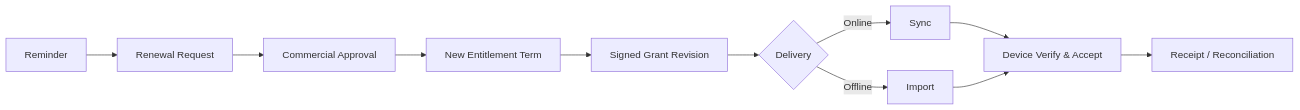
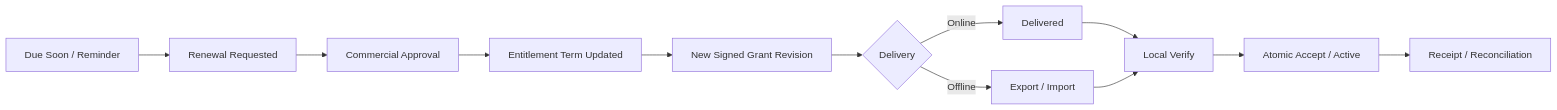
The diagram in docs/licensing/renewal.md (Niranjan1005/lms), drawn with Mermaid before and after one commit. The commit also changed other lines of this file, not shown here.

Commit message:
docs: complete renewal lifecycle semantics

```diff
--- a/docs/licensing/renewal.md
+++ b/docs/licensing/renewal.md
@@ -11,13 +17,14 @@
 ~~~mermaid
 flowchart LR
-    A[Reminder] --> B[Renewal Request]
+    A[Due Soon / Reminder] --> B[Renewal Requested]
     B --> C[Commercial Approval]
-    C --> D[New Entitlement Term]
-    D --> E[Signed Grant Revision]
+    C --> D[Entitlement Term Updated]
+    D --> E[New Signed Grant Revision]
     E --> F{Delivery}
-    F -->|Online| G[Sync]
-    F -->|Offline| H[Import]
-    G --> I[Device Verify & Accept]
+    F -->|Online| G[Delivered]
+    F -->|Offline| H[Export / Import]
+    G --> I[Local Verify]
     H --> I
-    I --> J[Receipt / Reconciliation]
+    I --> J[Atomic Accept / Active]
+    J --> K[Receipt / Reconciliation]
 ~~~
```
